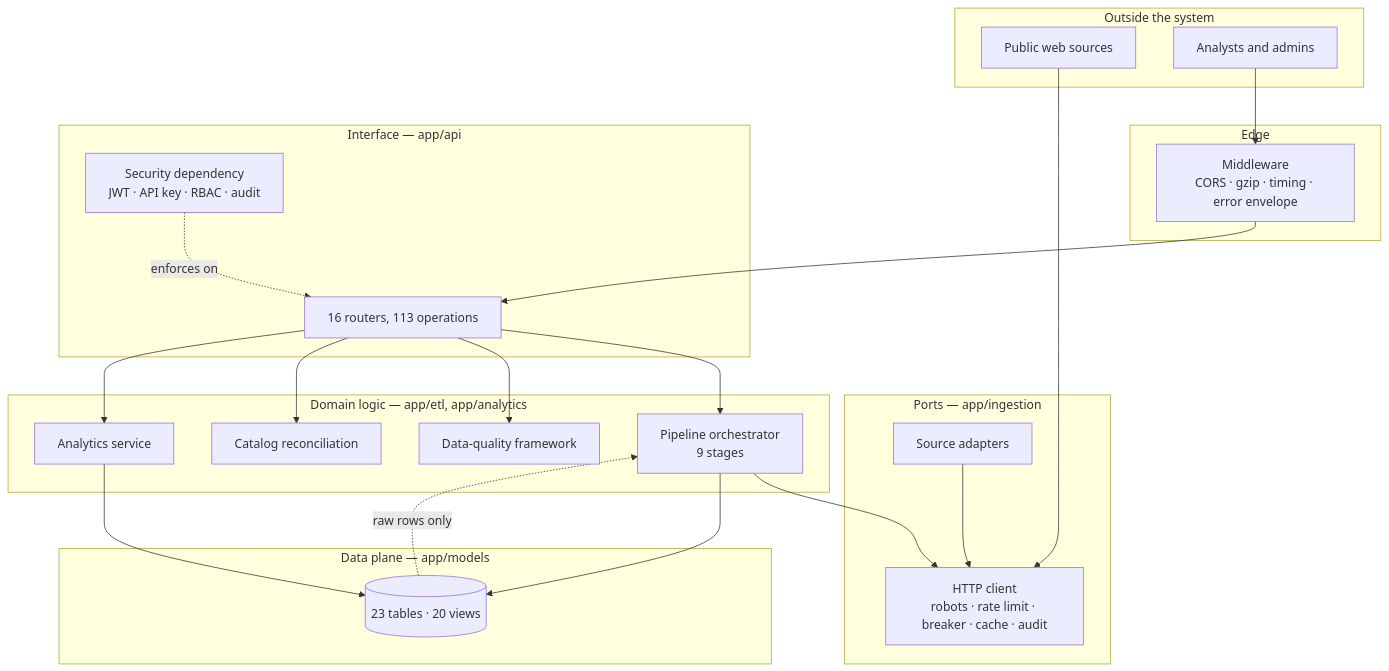
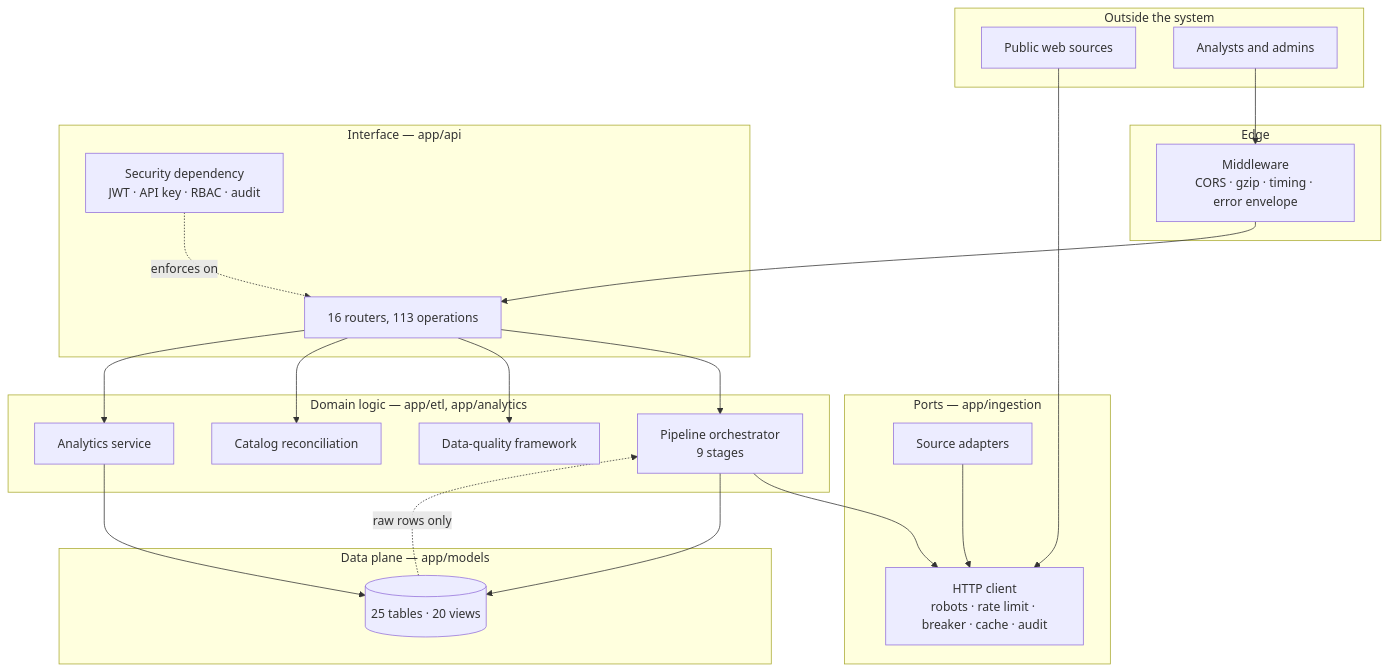
One commit to Ahmedbakr78/Web-to-Warehouse-Product-Intelligence-Pipeline changed the first of 6 diagrams in docs/21_architecture_deep_dive.md. Above: the diagram before and after it, drawn with Mermaid. The commit also changed other lines of this file and 7 other files, not shown here.

````diff
--- a/docs/21_architecture_deep_dive.md
+++ b/docs/21_architecture_deep_dive.md
@@ -26,42 +26,42 @@
 ```mermaid
 flowchart TB
     subgraph EXT["Outside the system"]
         WEB["Public web sources"]
         HUMAN["Analysts and admins"]
     end
 
     subgraph EDGE["Edge"]
         MWS["Middleware<br/>CORS · gzip · timing · error envelope"]
     end
 
     subgraph API["Interface — app/api"]
         RT["16 routers, 113 operations"]
         SEC["Security dependency<br/>JWT · API key · RBAC · audit"]
     end
 
     subgraph DOMAIN["Domain logic — app/etl, app/analytics"]
         PIPE["Pipeline orchestrator<br/>9 stages"]
         DQ["Data-quality framework"]
         REC["Catalog reconciliation"]
         AN["Analytics service"]
     end
 
     subgraph PORT["Ports — app/ingestion"]
         HTTP["HTTP client<br/>robots · rate limit · breaker · cache · audit"]
         SRC["Source adapters"]
     end
 
     subgraph DATA["Data plane — app/models"]
-        WH[("23 tables · 20 views")]
+        WH[("25 tables · 20 views")]
     end
 
     WEB --> HTTP
     HUMAN --> MWS
     MWS --> RT
     SEC -.enforces on.-> RT
     RT --> PIPE & DQ & REC & AN
     PIPE --> HTTP & WH
     SRC --> HTTP
     AN --> WH
     WH -.raw rows only.-> PIPE
 ```
````
